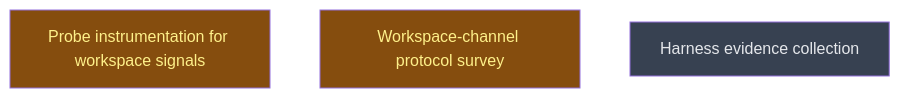
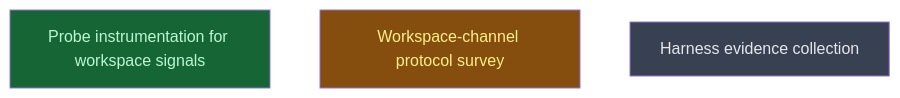
One commit to CrackingShells/colgrep-mcp changed the diagram in __roadmap__/workspace_discovery/README.md. Above: the diagram before and after it, drawn with Mermaid. The commit also changed other lines of this file, not shown here.

First line of the commit message:
docs(roadmap): record the probe-verifier signature as outstanding integration debt

````diff
--- a/__roadmap__/workspace_discovery/README.md
+++ b/__roadmap__/workspace_discovery/README.md
@@ -33,11 +34,11 @@
 ```mermaid
 graph TD
-    probe_instrumentation[Probe instrumentation for workspace signals]:::inprogress
+    probe_instrumentation[Probe instrumentation for workspace signals]:::done
     protocol_survey[Workspace-channel protocol survey]:::inprogress
     evidence[Harness evidence collection]:::planned
     classDef done       fill:#166534,color:#bbf7d0
     classDef inprogress fill:#854d0e,color:#fef08a
     classDef planned    fill:#374151,color:#e5e7eb
     classDef amendment  fill:#1e3a5f,color:#bfdbfe
     classDef blocked    fill:#7f1d1d,color:#fecaca
 ```
````
